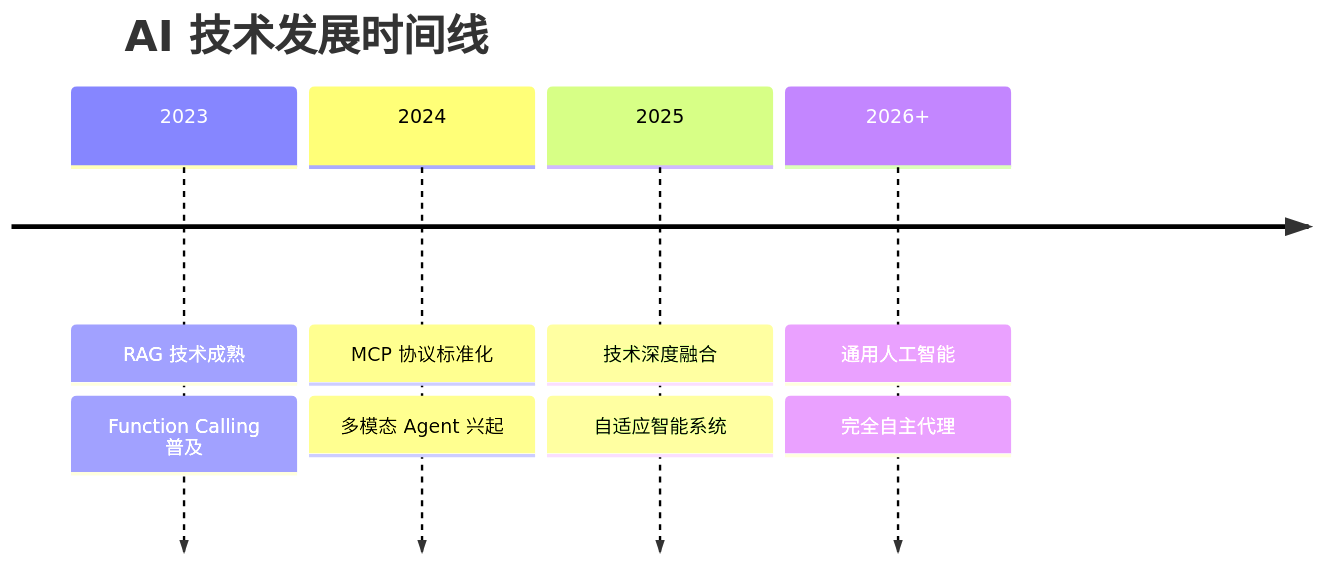
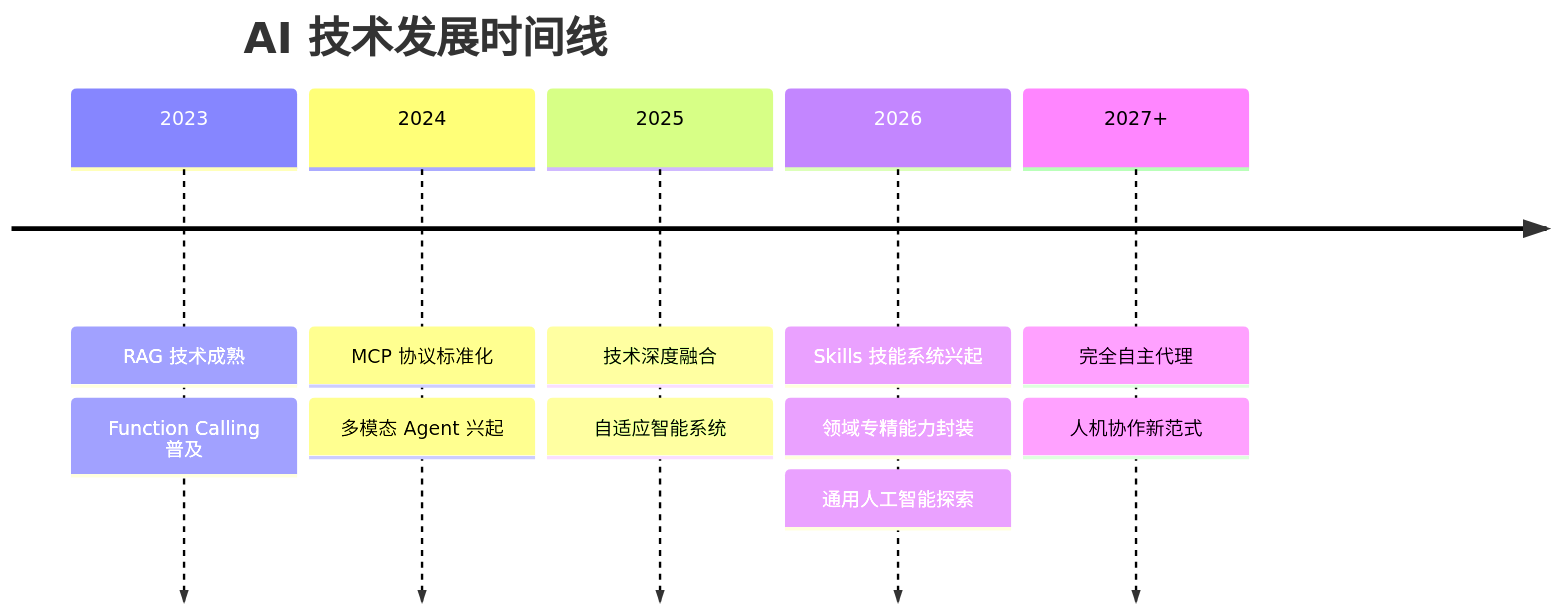
The ninth of 9 diagrams in docs/ai/1.md (zhaoky/site), drawn with Mermaid before and after one commit. The commit also changed other lines of this file and 9 other files, not shown here.

````diff
--- a/docs/ai/1.md
+++ b/docs/ai/1.md
@@ -278,16 +459,20 @@
 ```mermaid
 timeline
     title AI 技术发展时间线
 
     2023 : RAG 技术成熟
          : Function Calling 普及
 
     2024 : MCP 协议标准化
          : 多模态 Agent 兴起
 
     2025 : 技术深度融合
          : 自适应智能系统
 
-    2026+ : 通用人工智能
-          : 完全自主代理
+    2026 : Skills 技能系统兴起
+         : 领域专精能力封装
+         : 通用人工智能探索
+
+    2027+ : 完全自主代理
+          : 人机协作新范式
 ```
````
